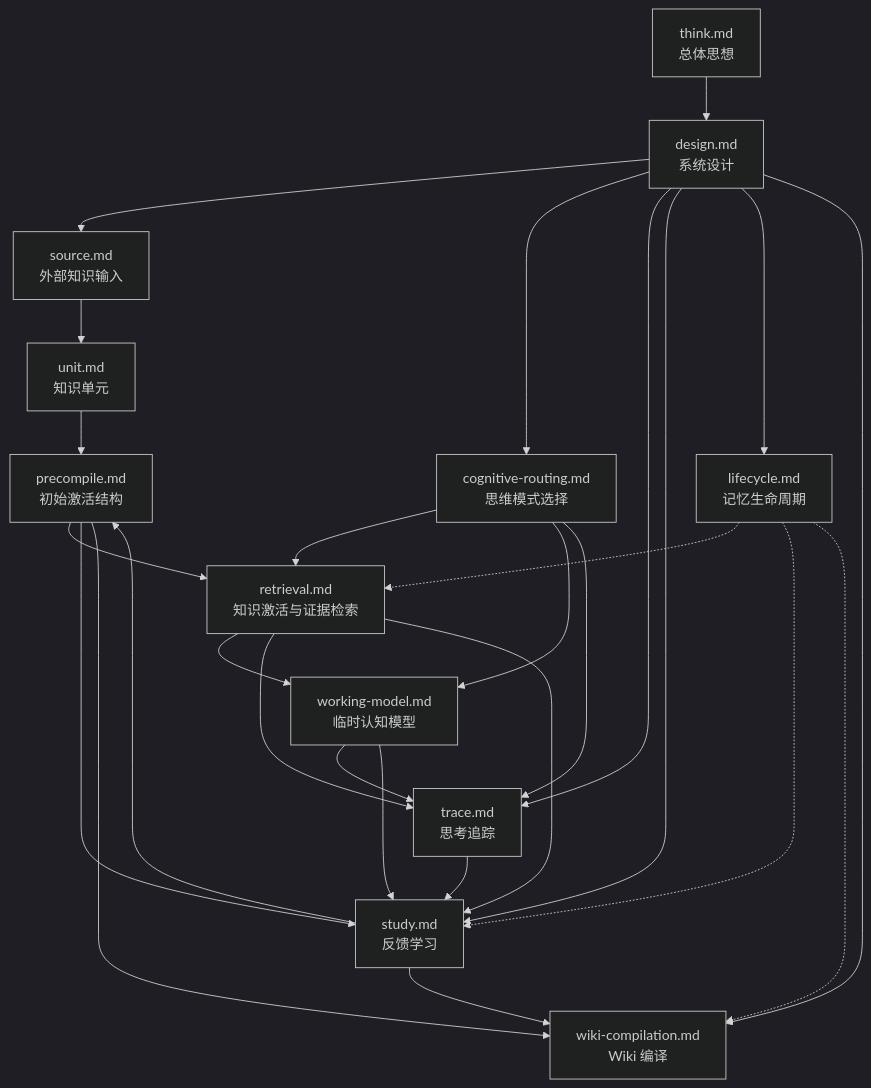
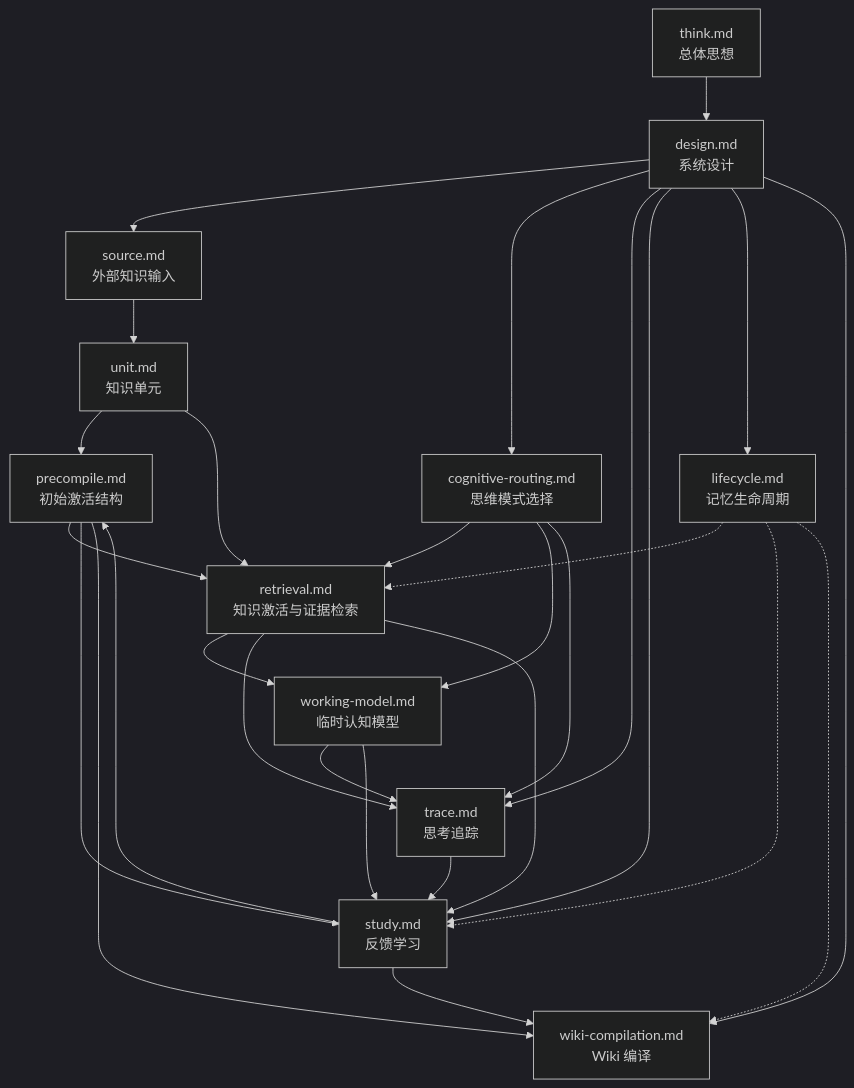
The diagram in docs/design/readme.md (xman1978/wiki-brain), drawn with Mermaid (dark theme) before and after one commit. The commit also changed other lines of this file and 10 other files, not shown here.

````diff
--- a/docs/design/readme.md
+++ b/docs/design/readme.md
@@ -45,54 +45,55 @@
 ```mermaid
 flowchart TB
   think["think.md<br/>总体思想"]
   design["design.md<br/>系统设计"]
 
   source["source.md<br/>外部知识输入"]
   unit["unit.md<br/>知识单元"]
   precompile["precompile.md<br/>初始激活结构"]
 
   routing["cognitive-routing.md<br/>思维模式选择"]
   retrieval["retrieval.md<br/>知识激活与证据检索"]
   working["working-model.md<br/>临时认知模型"]
 
   trace["trace.md<br/>思考追踪"]
   study["study.md<br/>反馈学习"]
   lifecycle["lifecycle.md<br/>记忆生命周期"]
   wiki["wiki-compilation.md<br/>Wiki 编译"]
 
   think --> design
 
   design --> source
   design --> routing
   design --> trace
   design --> study
   design --> lifecycle
   design --> wiki
 
   source --> unit
   unit --> precompile
+  unit --> retrieval
 
   precompile --> retrieval
   precompile --> study
   precompile --> wiki
 
   routing --> retrieval
   routing --> working
   routing --> trace
 
   retrieval --> working
   retrieval --> trace
   retrieval --> study
 
   working --> trace
   working --> study
 
   trace --> study
 
   study --> precompile
   study --> wiki
 
   lifecycle -.-> retrieval
   lifecycle -.-> study
   lifecycle -.-> wiki
 ```
````
